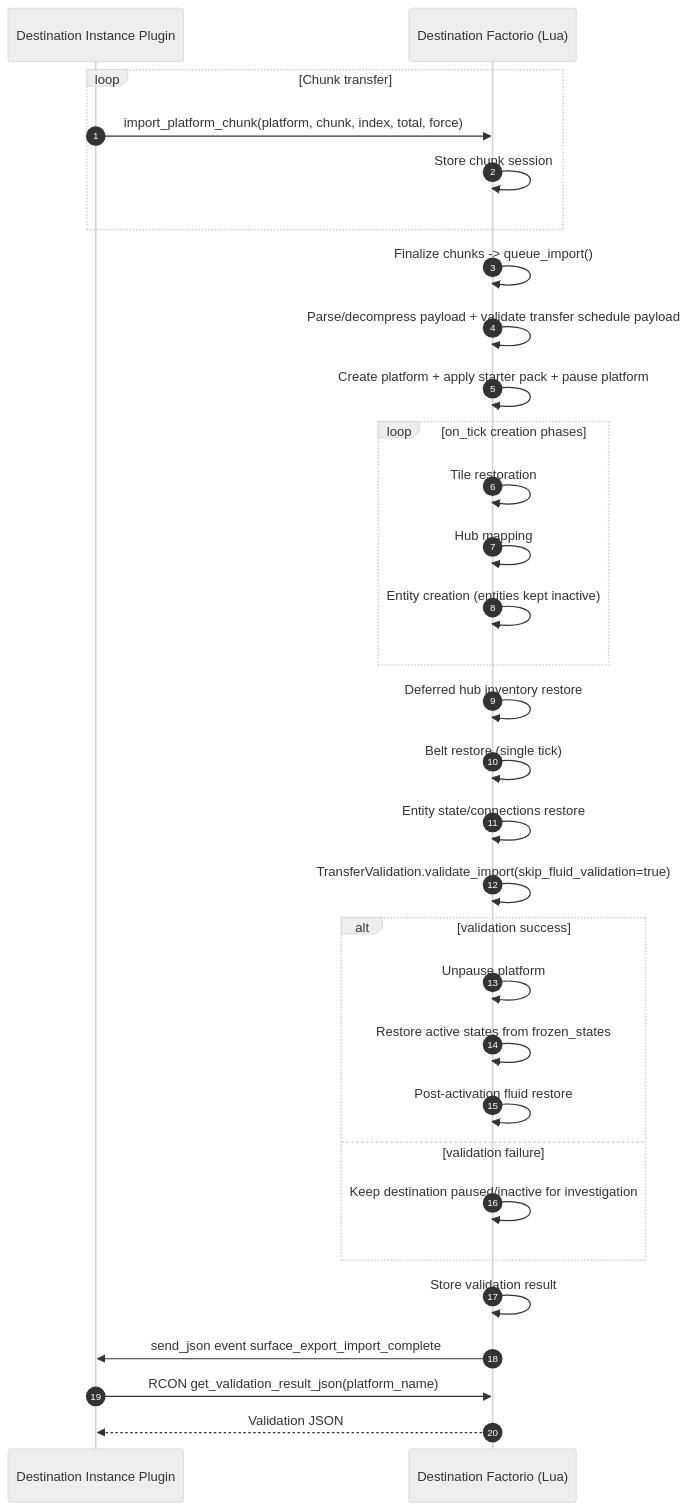
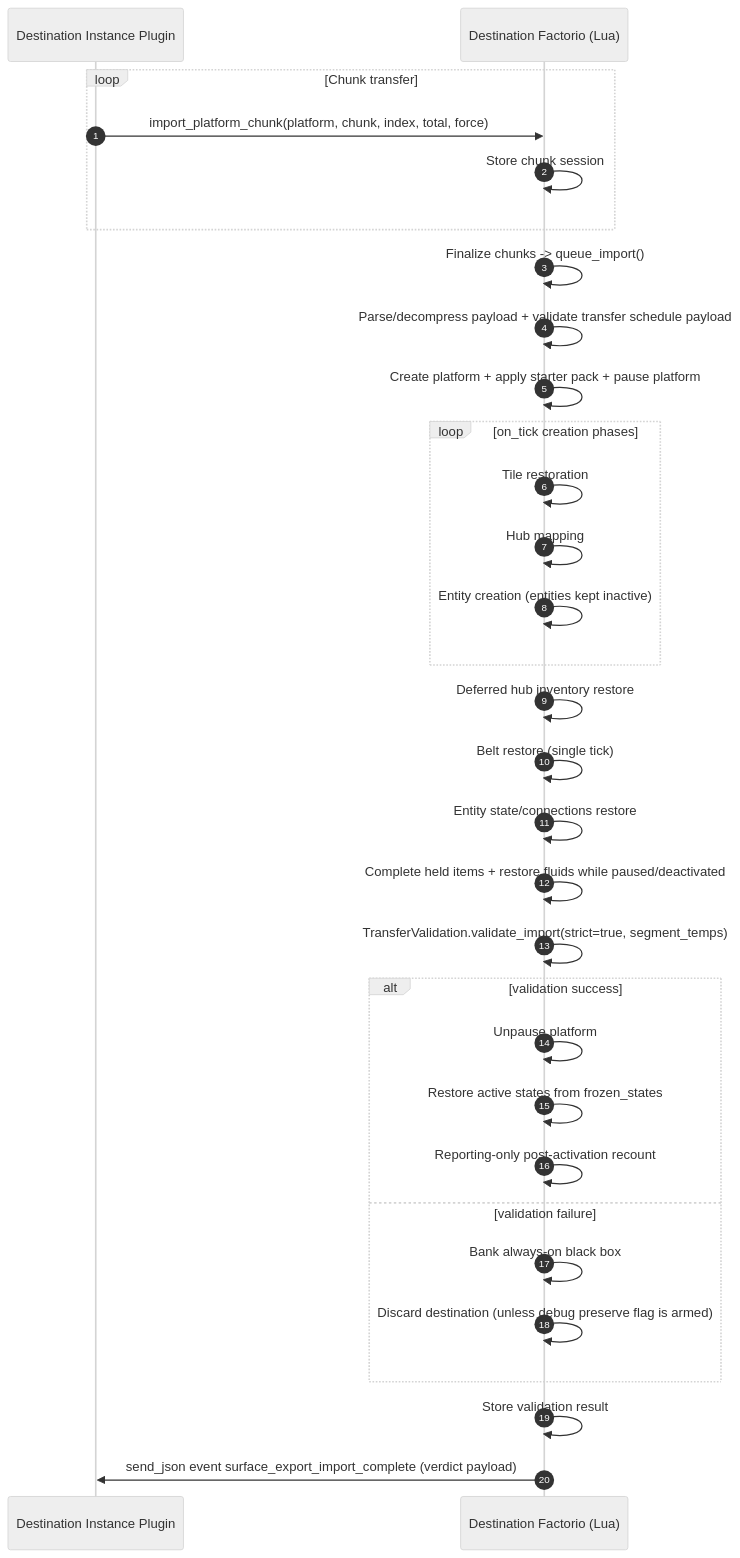
The third of 3 diagrams in docs/TRANSFER_WORKFLOW_GUIDE.md (solarcloud7/clusterio-surface-export), drawn with Mermaid (neutral theme) before and after one commit. The commit also changed other lines of this file and 62 other files, not shown here.

First line of the commit message:
Fix composite transfer validation verdict (#76)

````diff
--- a/docs/TRANSFER_WORKFLOW_GUIDE.md
+++ b/docs/TRANSFER_WORKFLOW_GUIDE.md
@@ -91,39 +91,39 @@
 ```mermaid
 sequenceDiagram
 autonumber
 participant DI as Destination Instance Plugin
 participant DF as Destination Factorio (Lua)
 
 loop Chunk transfer
   DI->>DF: import_platform_chunk(platform, chunk, index, total, force)
   DF->>DF: Store chunk session
 end
 
 DF->>DF: Finalize chunks -> queue_import()
 DF->>DF: Parse/decompress payload + validate transfer schedule payload
 DF->>DF: Create platform + apply starter pack + pause platform
 
 loop on_tick creation phases
   DF->>DF: Tile restoration
   DF->>DF: Hub mapping
   DF->>DF: Entity creation (entities kept inactive)
 end
 
 DF->>DF: Deferred hub inventory restore
 DF->>DF: Belt restore (single tick)
 DF->>DF: Entity state/connections restore
-DF->>DF: TransferValidation.validate_import(skip_fluid_validation=true)
+DF->>DF: Complete held items + restore fluids while paused/deactivated
+DF->>DF: TransferValidation.validate_import(strict=true, segment_temps)
 
 alt validation success
   DF->>DF: Unpause platform
   DF->>DF: Restore active states from frozen_states
-  DF->>DF: Post-activation fluid restore
+  DF->>DF: Reporting-only post-activation recount
 else validation failure
-  DF->>DF: Keep destination paused/inactive for investigation
+  DF->>DF: Bank always-on black box
+  DF->>DF: Discard destination (unless debug preserve flag is armed)
 end
 
 DF->>DF: Store validation result
-DF->>DI: send_json event surface_export_import_complete
-DI->>DF: RCON get_validation_result_json(platform_name)
-DF-->>DI: Validation JSON
+DF->>DI: send_json event surface_export_import_complete (verdict payload)
 ```
````
